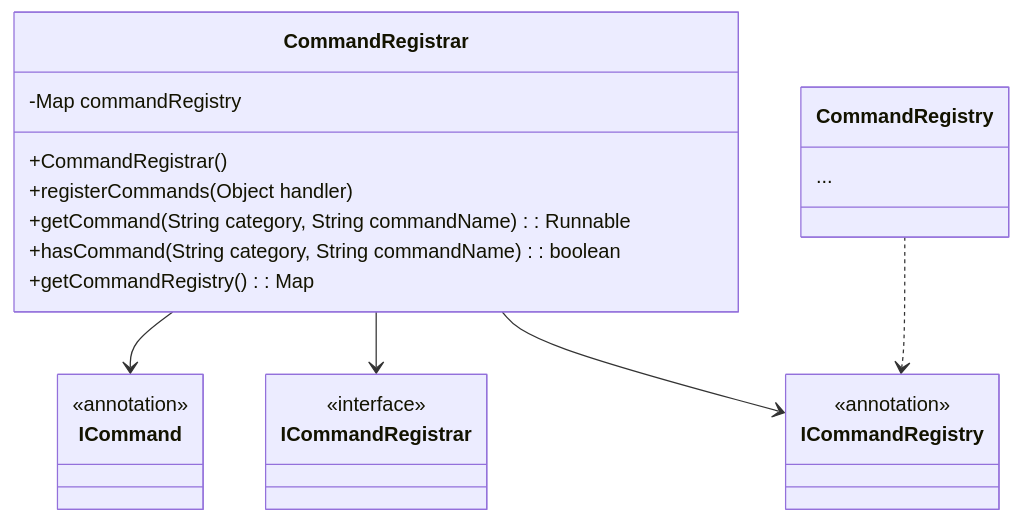
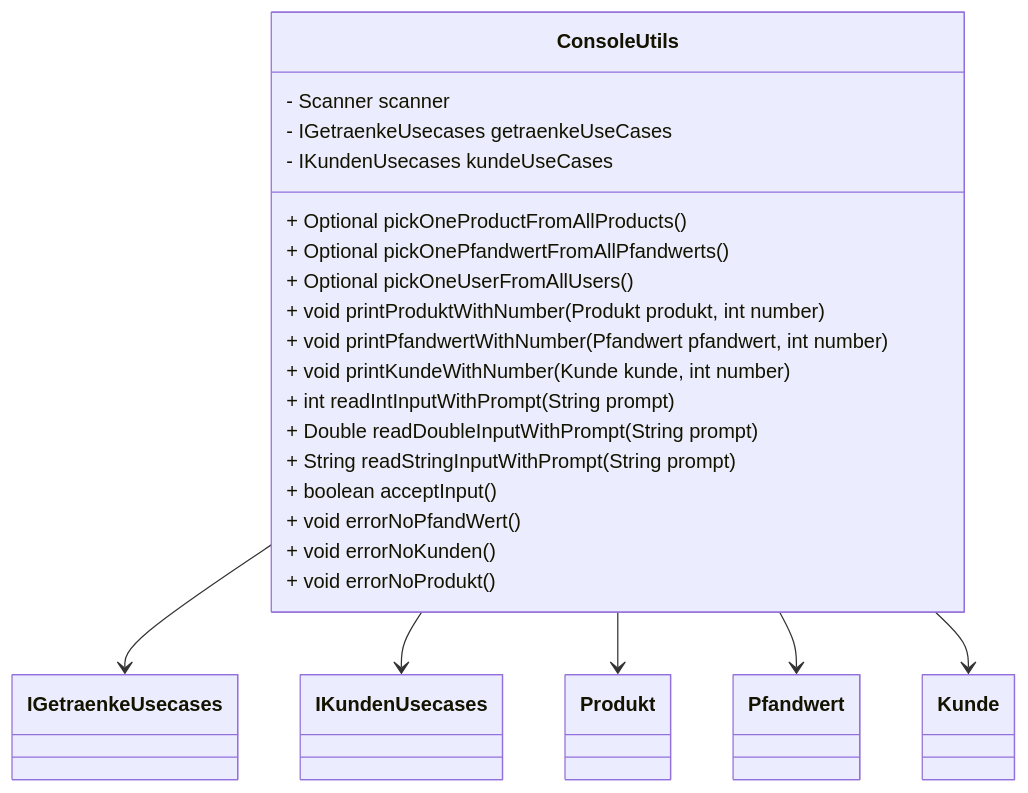
Before and after one commit to Gamagu/ase_getraenke: the ninth of 17 diagrams in README.md, drawn with Mermaid. The commit also changed other lines of this file, not shown here.

````diff
--- a/README.md
+++ b/README.md
@@ -284,20 +350,34 @@
-```mermaid 
-	classDiagram 
-		class CommandRegistrar { 
-			-Map<String, CommandRegistry> commandRegistry 
-			+CommandRegistrar() 
-			+registerCommands(Object handler) 
-			+getCommand(String category, String commandName) : Runnable 
-			+hasCommand(String category, String commandName) : boolean 
-			+getCommandRegistry() : Map<String, CommandRegistry> } 
-		
-		class ICommandRegistrar { <<interface>> } 
-		class CommandRegistry { ... } 
-		class ICommandRegistry {<<annotation>> } 
-		class ICommand { <<annotation>> } 
-		
-		CommandRegistrar --> ICommand 
-		CommandRegistrar --> ICommandRegistrar 
-		CommandRegistrar --> ICommandRegistry 
-		CommandRegistry ..> ICommandRegistry
+```mermaid
+classDiagram
+	class ConsoleUtils {
+		- Scanner scanner
+		- IGetraenkeUsecases getraenkeUseCases
+		- IKundenUsecases kundeUseCases
+
+		+ Optional pickOneProductFromAllProducts()
+		+ Optional pickOnePfandwertFromAllPfandwerts()
+		+ Optional pickOneUserFromAllUsers()
+		+ void printProduktWithNumber(Produkt produkt, int number)
+		+ void printPfandwertWithNumber(Pfandwert pfandwert, int number)
+		+ void printKundeWithNumber(Kunde kunde, int number)
+		+ int readIntInputWithPrompt(String prompt)
+		+ Double readDoubleInputWithPrompt(String prompt)
+		+ String readStringInputWithPrompt(String prompt)
+		+ boolean acceptInput()
+		+ void errorNoPfandWert()
+		+ void errorNoKunden()
+		+ void errorNoProdukt()
+	}
+
+	class IGetraenkeUsecases
+	class IKundenUsecases
+	class Produkt
+	class Pfandwert
+	class Kunde
+
+	ConsoleUtils --> IGetraenkeUsecases
+	ConsoleUtils --> IKundenUsecases
+	ConsoleUtils --> Produkt
+	ConsoleUtils --> Pfandwert
+	ConsoleUtils --> Kunde
 ```
````
